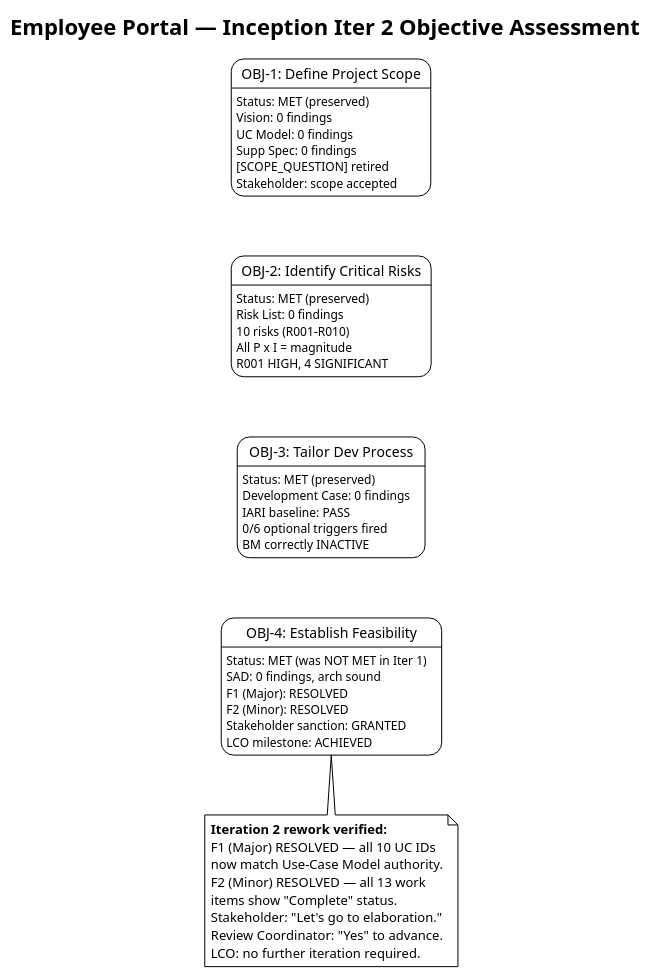
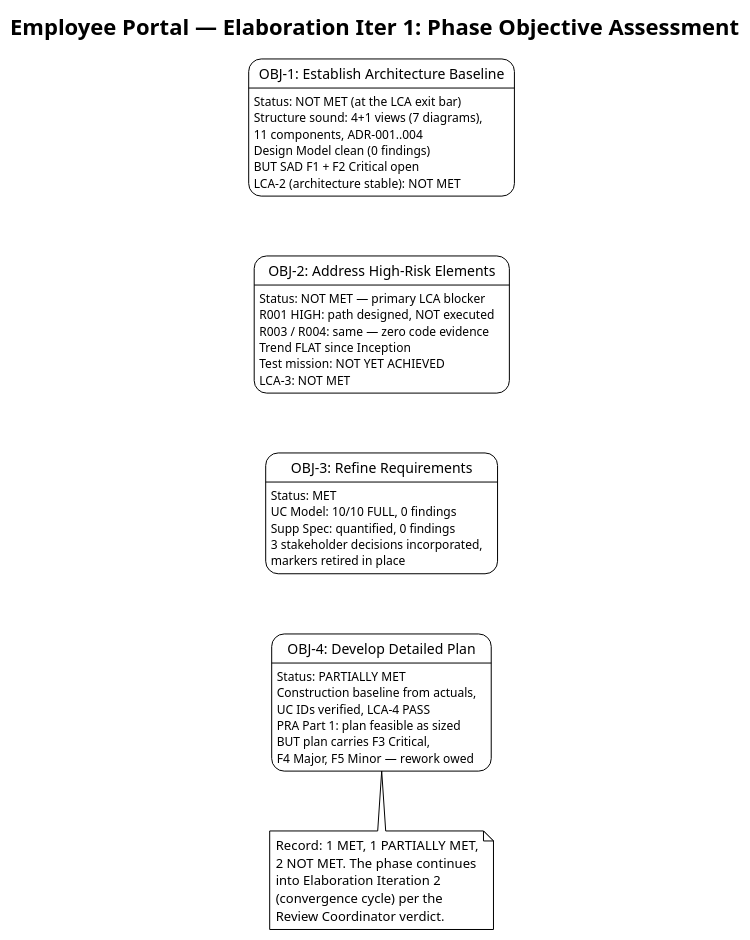
One commit to banense-test/employee-portal changed the first of 5 diagrams in docs/artifacts/project-management/iteration-assessment.md. Above: the diagram before and after it, drawn with PlantUML. The commit also changed other lines of this file, not shown here.

First line of the commit message:
Project Manager [E1]: upsert Iteration Assessment

````diff
--- a/docs/artifacts/project-management/iteration-assessment.md
+++ b/docs/artifacts/project-management/iteration-assessment.md
@@ -19,56 +19,49 @@
 ```plantuml
 @startuml
 !theme plain
-title Employee Portal — Inception Iter 2 Objective Assessment
+title Employee Portal — Elaboration Iter 1: Phase Objective Assessment
 
-state "OBJ-1: Define Project Scope" as OBJ1 {
-  OBJ1 : Status: MET (preserved)
-  OBJ1 : Vision: 0 findings
-  OBJ1 : UC Model: 0 findings
-  OBJ1 : Supp Spec: 0 findings
-  OBJ1 : [SCOPE_QUESTION] retired
-  OBJ1 : Stakeholder: scope accepted
+state "OBJ-1: Establish Architecture Baseline" as OBJ1 {
+  OBJ1 : Status: NOT MET (at the LCA exit bar)
+  OBJ1 : Structure sound: 4+1 views (7 diagrams),
+  OBJ1 : 11 components, ADR-001..004
+  OBJ1 : Design Model clean (0 findings)
+  OBJ1 : BUT SAD F1 + F2 Critical open
+  OBJ1 : LCA-2 (architecture stable): NOT MET
 }
-
-state "OBJ-2: Identify Critical Risks" as OBJ2 {
-  OBJ2 : Status: MET (preserved)
-  OBJ2 : Risk List: 0 findings
-  OBJ2 : 10 risks (R001-R010)
-  OBJ2 : All P x I = magnitude
-  OBJ2 : R001 HIGH, 4 SIGNIFICANT
+state "OBJ-2: Address High-Risk Elements" as OBJ2 {
+  OBJ2 : Status: NOT MET — primary LCA blocker
+  OBJ2 : R001 HIGH: path designed, NOT executed
+  OBJ2 : R003 / R004: same — zero code evidence
+  OBJ2 : Trend FLAT since Inception
+  OBJ2 : Test mission: NOT YET ACHIEVED
+  OBJ2 : LCA-3: NOT MET
 }
-
-state "OBJ-3: Tailor Dev Process" as OBJ3 {
-  OBJ3 : Status: MET (preserved)
-  OBJ3 : Development Case: 0 findings
-  OBJ3 : IARI baseline: PASS
-  OBJ3 : 0/6 optional triggers fired
-  OBJ3 : BM correctly INACTIVE
+state "OBJ-3: Refine Requirements" as OBJ3 {
+  OBJ3 : Status: MET
+  OBJ3 : UC Model: 10/10 FULL, 0 findings
+  OBJ3 : Supp Spec: quantified, 0 findings
+  OBJ3 : 3 stakeholder decisions incorporated,
+  OBJ3 : markers retired in place
 }
-
-state "OBJ-4: Establish Feasibility" as OBJ4 {
-  OBJ4 : Status: MET (was NOT MET in Iter 1)
-  OBJ4 : SAD: 0 findings, arch sound
-  OBJ4 : F1 (Major): RESOLVED
-  OBJ4 : F2 (Minor): RESOLVED
-  OBJ4 : Stakeholder sanction: GRANTED
-  OBJ4 : LCO milestone: ACHIEVED
+state "OBJ-4: Develop Detailed Plan" as OBJ4 {
+  OBJ4 : Status: PARTIALLY MET
+  OBJ4 : Construction baseline from actuals,
+  OBJ4 : UC IDs verified, LCA-4 PASS
+  OBJ4 : PRA Part 1: plan feasible as sized
+  OBJ4 : BUT plan carries F3 Critical,
+  OBJ4 : F4 Major, F5 Minor — rework owed
 }
-
 OBJ1 -[hidden]-> OBJ2
 OBJ2 -[hidden]-> OBJ3
 OBJ3 -[hidden]-> OBJ4
 
 note bottom of OBJ4
-  **Iteration 2 rework verified:**
-  F1 (Major) RESOLVED — all 10 UC IDs
-  now match Use-Case Model authority.
-  F2 (Minor) RESOLVED — all 13 work
-  items show "Complete" status.
-  Stakeholder: "Let's go to elaboration."
-  Review Coordinator: "Yes" to advance.
-  LCO: no further iteration required.
+  Record: 1 MET, 1 PARTIALLY MET,
+  2 NOT MET. The phase continues
+  into Elaboration Iteration 2
+  (convergence cycle) per the
+  Review Coordinator verdict.
 end note
-
 @enduml
 ```
````
